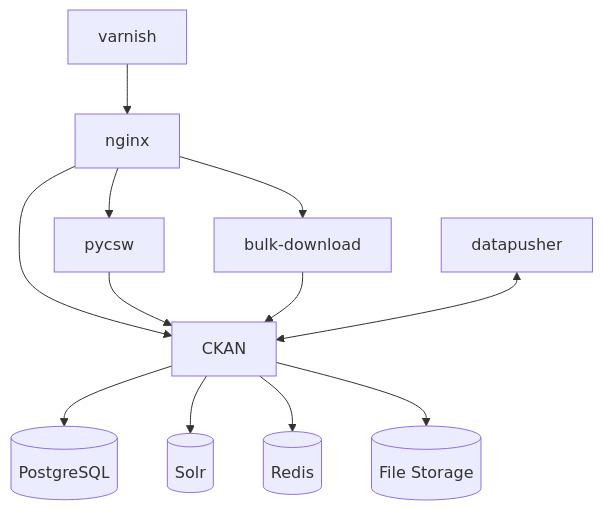
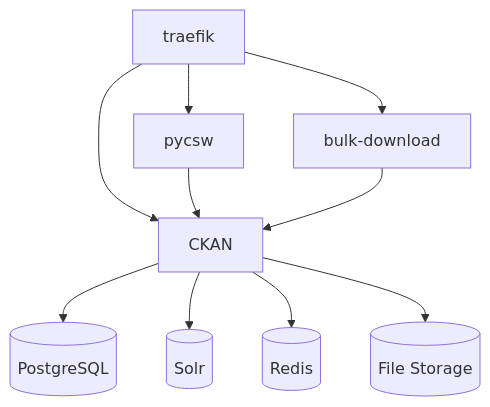
The diagram in README.md (COATnor/datacatalog), drawn with Mermaid before and after one commit. The commit also changed other lines of this file and 7 other files, not shown here.

Commit message:
chg: drop nginx and varnish, add traefik

````diff
--- a/README.md
+++ b/README.md
@@ -24,17 +24,14 @@
 ```mermaid
 flowchart TB
-    varnish["varnish"] --> nginx["nginx"]
-
-    nginx --> ckan["CKAN"]
-    nginx --> pycsw["pycsw"]
-    nginx --> bulk["bulk-download"]
+    traefik["traefik"] --> ckan["CKAN"]
+    traefik --> pycsw["pycsw"]
+    traefik --> bulk["bulk-download"]
 
     pycsw --> ckan
     bulk --> ckan
-    datapusher["datapusher"] <--> ckan
 
     ckan --> db[("PostgreSQL")]
     ckan --> solr[("Solr")]
     ckan --> redis[("Redis")]
     ckan --> storage[("File Storage")]
 ```
````
